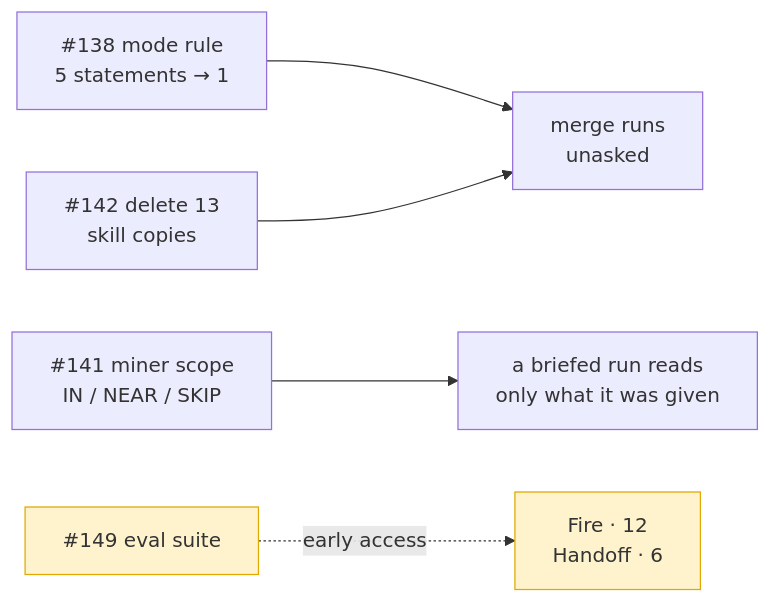
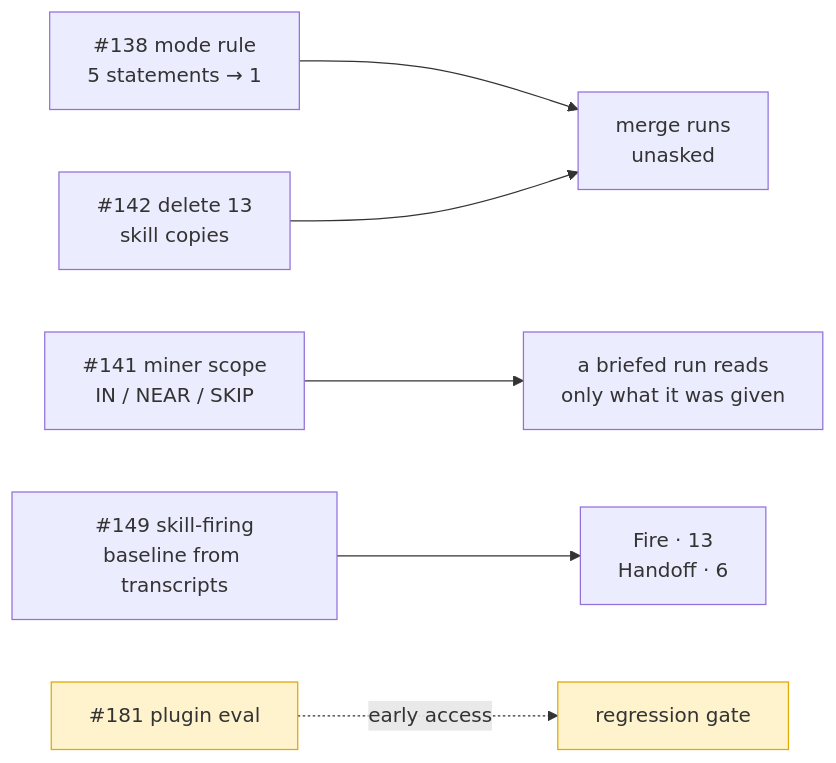
The third of 3 diagrams in docs/arc-log/arc-04-dogfood.md (Calyx-Engineering/arc), drawn with Mermaid before and after one commit. The commit also changed other lines of this file and 1 other file, not shown here.

````diff
--- a/docs/arc-log/arc-04-dogfood.md
+++ b/docs/arc-log/arc-04-dogfood.md
@@ -192,8 +198,9 @@
 ```mermaid
 flowchart LR
     A["#138 mode rule<br/>5 statements → 1"] --> M["merge runs<br/>unasked"]
     B["#142 delete 13<br/>skill copies"] --> M
     C["#141 miner scope<br/>IN / NEAR / SKIP"] --> D["a briefed run reads<br/>only what it was given"]
-    E["#149 eval suite"]:::blocked -.->|"early access"| F["Fire · 12<br/>Handoff · 6"]:::blocked
+    G["#149 skill-firing<br/>baseline from transcripts"] --> H["Fire · 13<br/>Handoff · 6"]
+    E["#181 plugin eval"]:::blocked -.->|"early access"| I["regression gate"]:::blocked
     classDef blocked fill:#fff3cd,stroke:#e0a800
 ```
````
